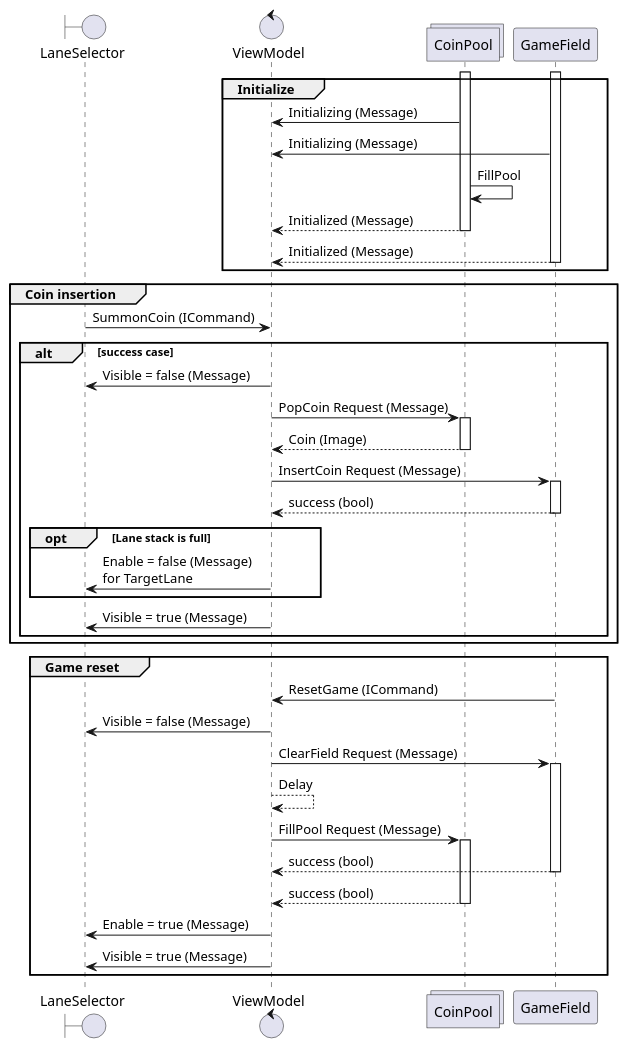
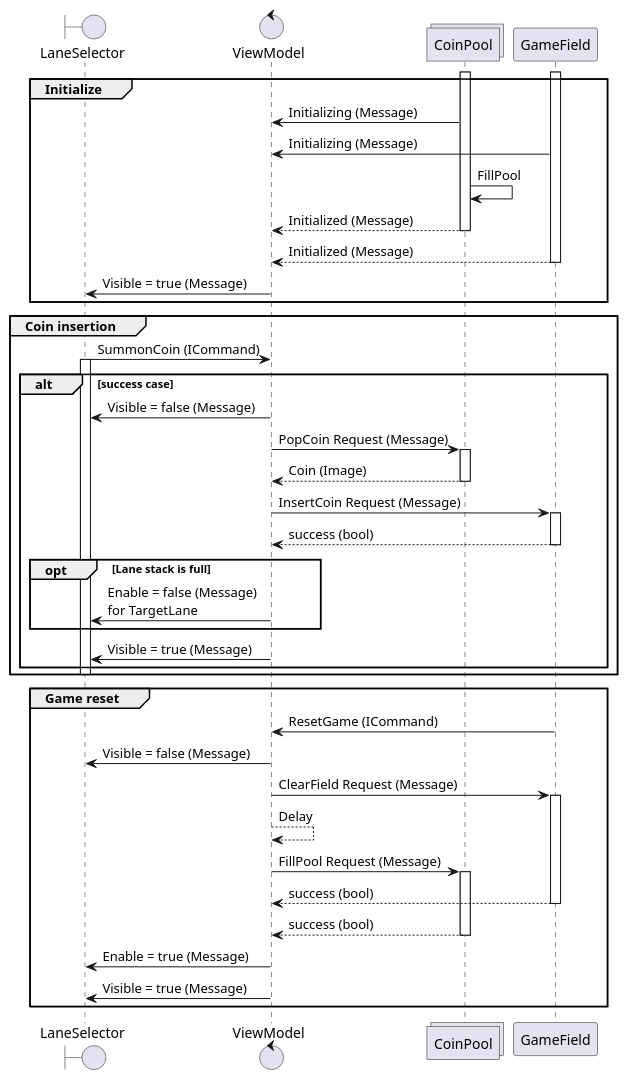
Before and after one commit to tatsuya19871219/MauiGomokuNarabeGame: the second of 3 diagrams in uml/GomokuNarabe.puml, drawn with PlantUML. The commit also changed other lines of this file, not shown here.

```diff
--- a/uml/GomokuNarabe.puml
+++ b/uml/GomokuNarabe.puml
@@ -60,61 +65,61 @@
 @startuml SequenceDiagram
 
 boundary LaneSelector
 control ViewModel
 collections CoinPool
 
+group Initialize
 
-group Initialize
-'note over ViewModel : InputEnabled = false
 Activate CoinPool
 Activate GameField
 CoinPool -> ViewModel : Initializing (Message)
 GameField -> ViewModel : Initializing (Message)
 CoinPool -> CoinPool : FillPool
 CoinPool --> ViewModel : Initialized (Message)
 Deactivate CoinPool
 GameField --> ViewModel : Initialized (Message)
 Deactivate GameField
-'note over ViewModel : InputEnabled = true
+ViewModel -> LaneSelector : Visible = true (Message)
+
 end
 
 group Coin insertion
 LaneSelector -> ViewModel : SummonCoin (ICommand)
+activate LaneSelector
+
 alt success case
-'note over ViewModel : InputEnabled = false
 ViewModel -> LaneSelector : Visible = false (Message)
 ViewModel -> CoinPool : PopCoin Request (Message)
 Activate CoinPool
 CoinPool --> ViewModel : Coin (Image)
 Deactivate CoinPool
 ViewModel -> GameField : InsertCoin Request (Message)
 Activate GameField
 GameField --> ViewModel : success (bool)
 Deactivate GameField
 opt Lane stack is full
 ViewModel -> LaneSelector : Enable = false (Message)\nfor TargetLane
 end
-'note over ViewModel : InputEnabled = true
 ViewModel -> LaneSelector : Visible = true (Message)
 end
+
+deactivate LaneSelector
 end
 
 group Game reset
 GameField -> ViewModel : ResetGame (ICommand)
-'note over ViewModel : InputEnabled = false
 ViewModel -> LaneSelector : Visible = false (Message)
 ViewModel -> GameField : ClearField Request (Message)
 Activate GameField
 ViewModel --> ViewModel : Delay
 ViewModel -> CoinPool : FillPool Request (Message)
 Activate CoinPool
 GameField --> ViewModel : success (bool)
 Deactivate GameField
 CoinPool --> ViewModel : success (bool)
 Deactivate CoinPool
-'note over ViewModel : InputEnabled = true
 ViewModel -> LaneSelector : Enable = true (Message)
 ViewModel -> LaneSelector : Visible = true (Message)
 end
 
 @enduml
```
